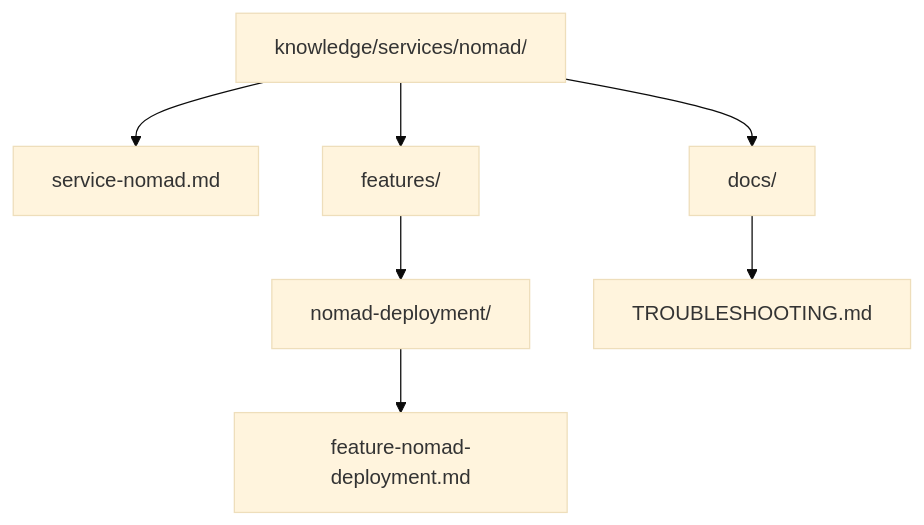
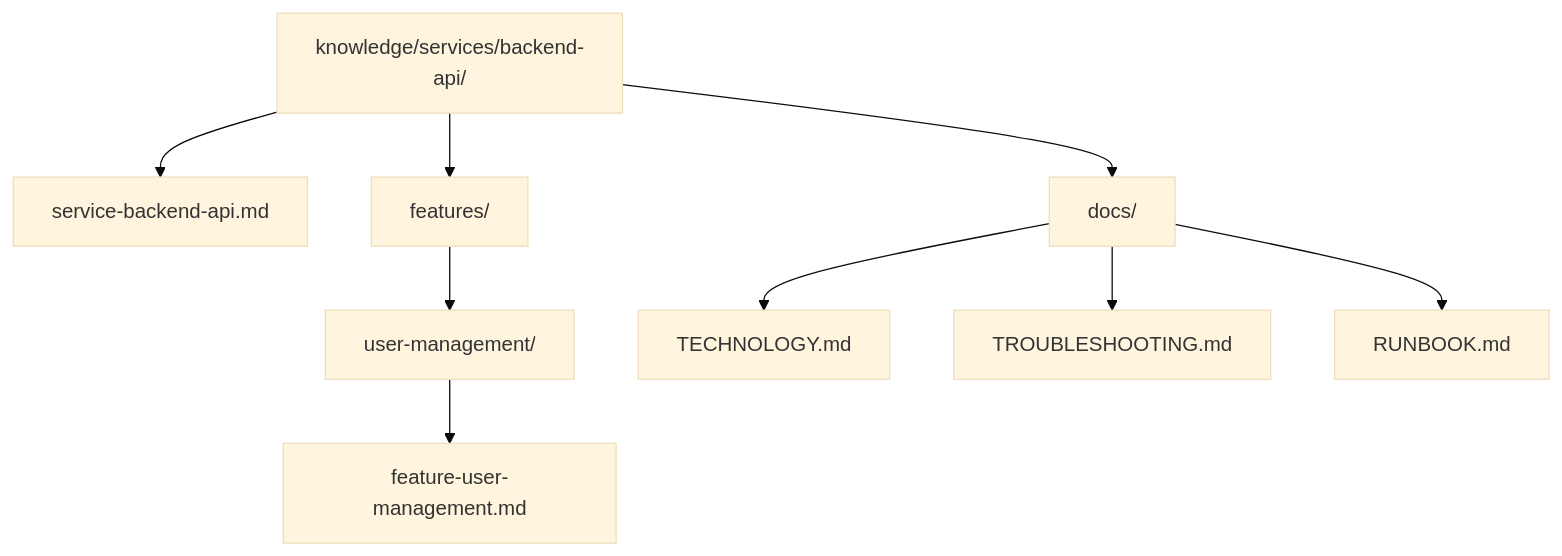
One commit to pihanya/workplace-scaffold changed the second of 3 diagrams in .data/workplace-init-bundle/standards/standard-service-specification.md. Above: the diagram before and after it, drawn with Mermaid (base theme). The commit also changed other lines of this file and 6 other files, not shown here.

````diff
--- a/.data/workplace-init-bundle/standards/standard-service-specification.md
+++ b/.data/workplace-init-bundle/standards/standard-service-specification.md
@@ -307,10 +316,12 @@
 ```mermaid
 flowchart TD
-    NomadRoot["knowledge/services/nomad/"]
-    NomadRoot --> NomadSpec["service-nomad.md"]
-    NomadRoot --> NomadFeatures["features/"]
-    NomadFeatures --> NomadFeatureDir["nomad-deployment/"]
-    NomadFeatureDir --> NomadFeature["feature-nomad-deployment.md"]
-    NomadRoot --> NomadDocs["docs/"]
-    NomadDocs --> NomadTroubleshooting["TROUBLESHOOTING.md"]
+    ApiRoot["knowledge/services/backend-api/"]
+    ApiRoot --> ApiSpec["service-backend-api.md"]
+    ApiRoot --> ApiFeatures["features/"]
+    ApiFeatures --> ApiFeatureDir["user-management/"]
+    ApiFeatureDir --> ApiFeature["feature-user-management.md"]
+    ApiRoot --> ApiDocs["docs/"]
+    ApiDocs --> ApiTech["TECHNOLOGY.md"]
+    ApiDocs --> ApiTroubleshooting["TROUBLESHOOTING.md"]
+    ApiDocs --> ApiRunbook["RUNBOOK.md"]
 ```
````
